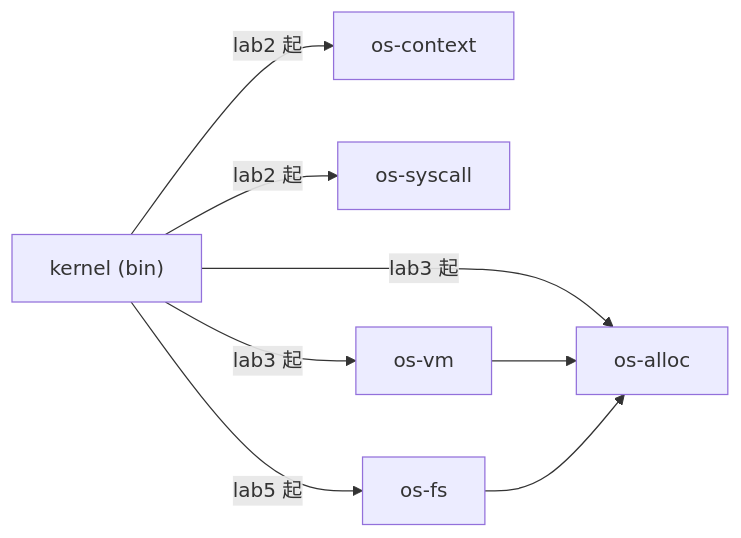
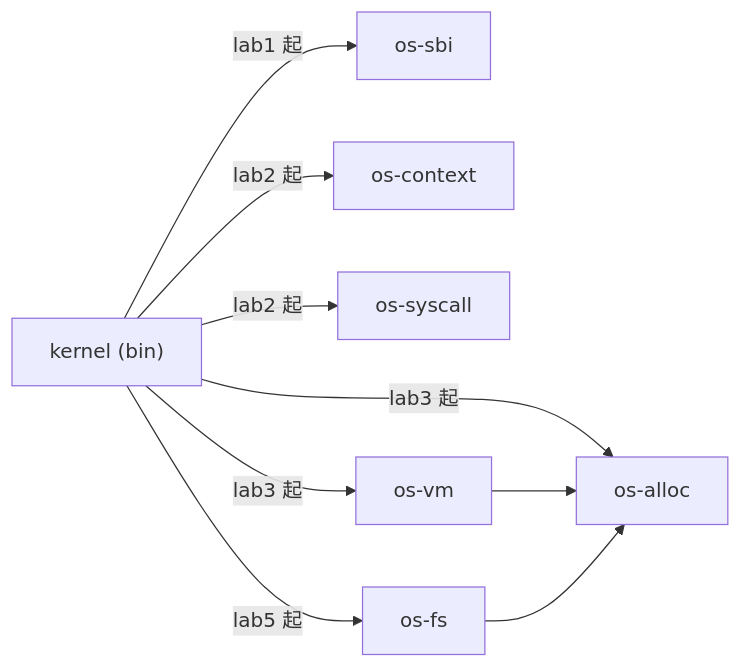
One commit to AM-SuSh/EVOLVE changed the second of 2 diagrams in os-lab/labs/overview.md. Above: the diagram before and after it, drawn with Mermaid. The commit also changed other lines of this file and 13 other files, not shown here.

````diff
--- a/os-lab/labs/overview.md
+++ b/os-lab/labs/overview.md
@@ -87,17 +87,19 @@
 ```mermaid
 graph LR
     kernel["kernel (bin)"]
+    sbi["os-sbi"]
     ctx["os-context"]
     sys["os-syscall"]
     alloc["os-alloc"]
     vm["os-vm"]
     fs["os-fs"]
 
+    kernel -->|"lab1 起"| sbi
     kernel -->|"lab2 起"| ctx
     kernel -->|"lab2 起"| sys
     kernel -->|"lab3 起"| alloc
     kernel -->|"lab3 起"| vm
     kernel -->|"lab5 起"| fs
     vm --> alloc
     fs --> alloc
 ```
````
